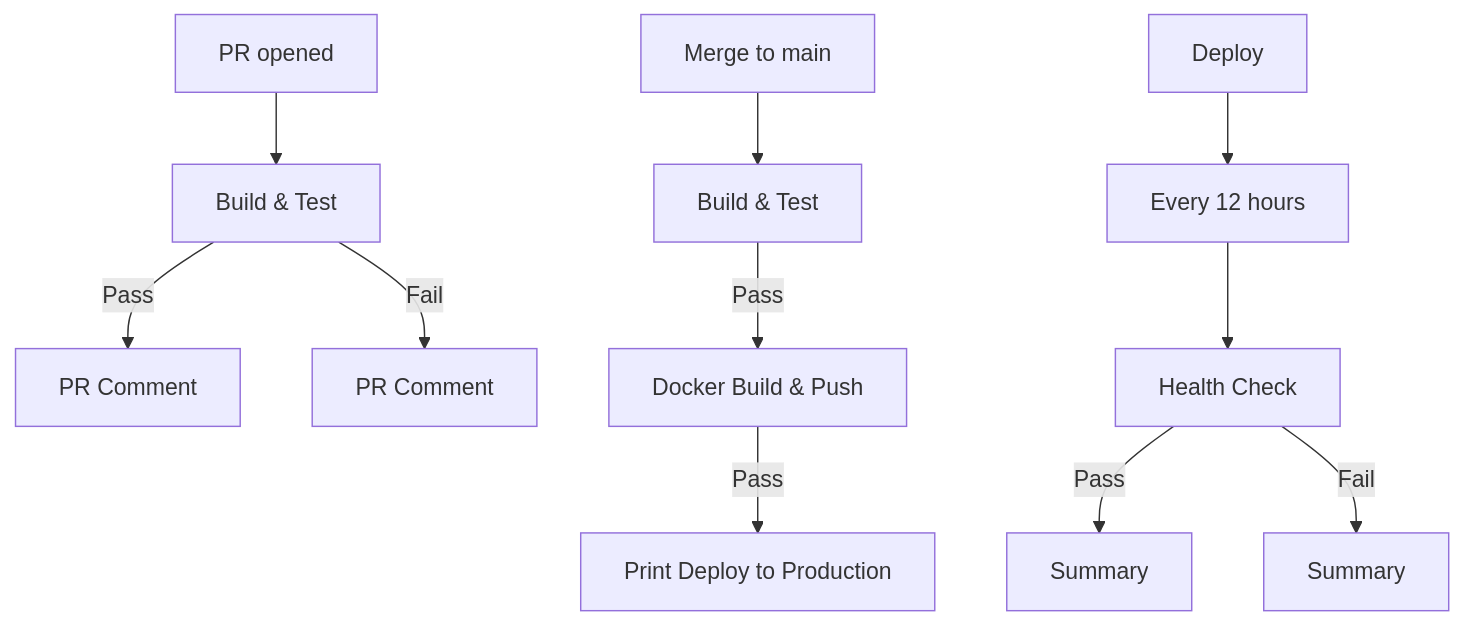
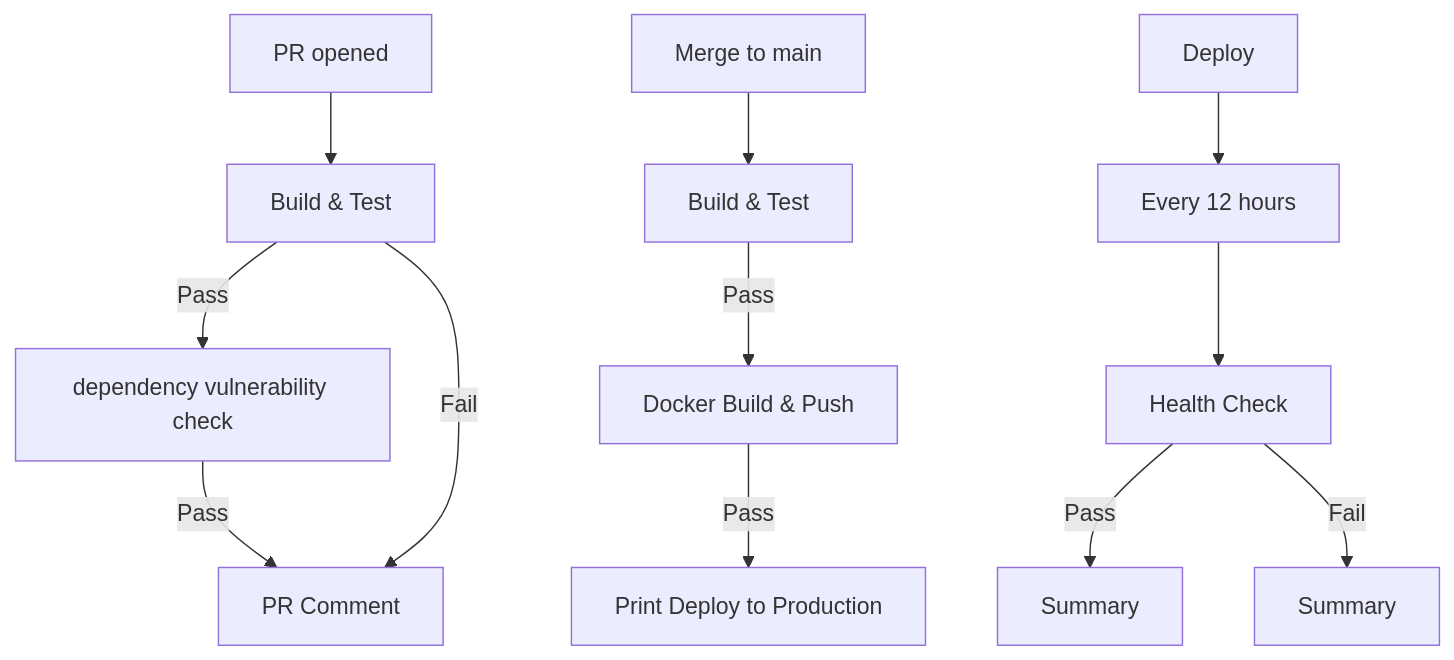
Before and after one commit to Afroz-J-Shaikh/github-actions-capstone: the diagram in README.md, drawn with Mermaid. The commit also changed 2 other files, not shown here.

Commit message:
added pr pipeline changes

````diff
--- a/README.md
+++ b/README.md
@@ -34,15 +34,16 @@
 ```mermaid
 graph TD
     A[PR opened] --> B[Build & Test]
-    B -->|Pass| C[PR Comment]
+    B -->|Pass| C[dependency vulnerability check]
+    C -->|Pass| D[PR Comment]
     B -->|Fail| D[PR Comment]
     
     E[Merge to main] --> F[Build & Test]
     F -->|Pass| G[Docker Build & Push]
     G -->|Pass| H[Print Deploy to Production]
     
     I[Deploy] --> J[Every 12 hours]
     J --> K[Health Check]
     K -->|Pass| L[Summary]
     K -->|Fail| M[Summary]
 ```
````
